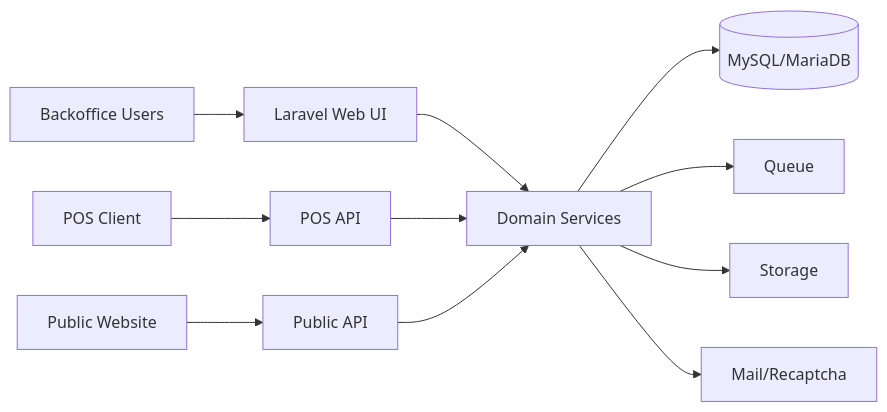
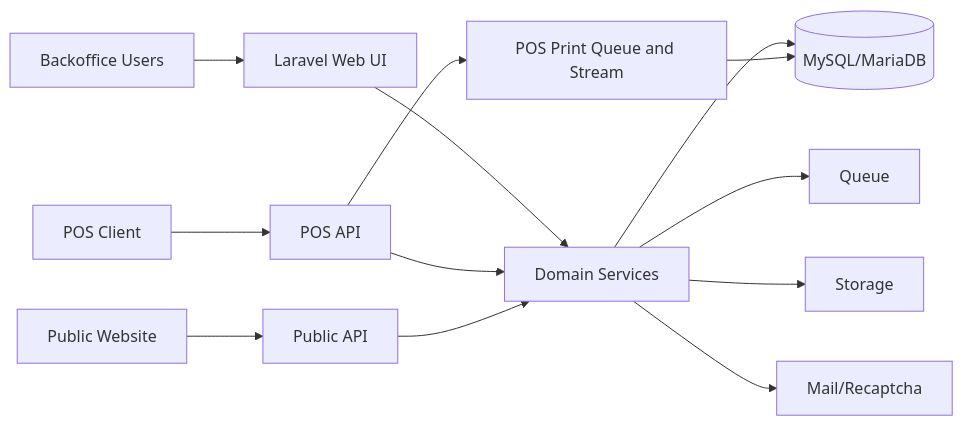
The first of 2 diagrams in docs/RMS-1_Complete_Documentation.md (MichelMokbel/RMS-1), drawn with Mermaid before and after one commit. The commit also changed other lines of this file and 67 other files, not shown here.

````diff
--- a/docs/RMS-1_Complete_Documentation.md
+++ b/docs/RMS-1_Complete_Documentation.md
@@ -73,13 +76,15 @@
 ```mermaid
 flowchart LR
 A[Backoffice Users] --> B[Laravel Web UI]
 C[POS Client] --> D[POS API]
 E[Public Website] --> F[Public API]
 B --> G[Domain Services]
 D --> G
 F --> G
 G --> H[(MySQL/MariaDB)]
 G --> I[Queue]
 G --> J[Storage]
 G --> K[Mail/Recaptcha]
+D --> L[POS Print Queue and Stream]
+L --> H
 ```
````
